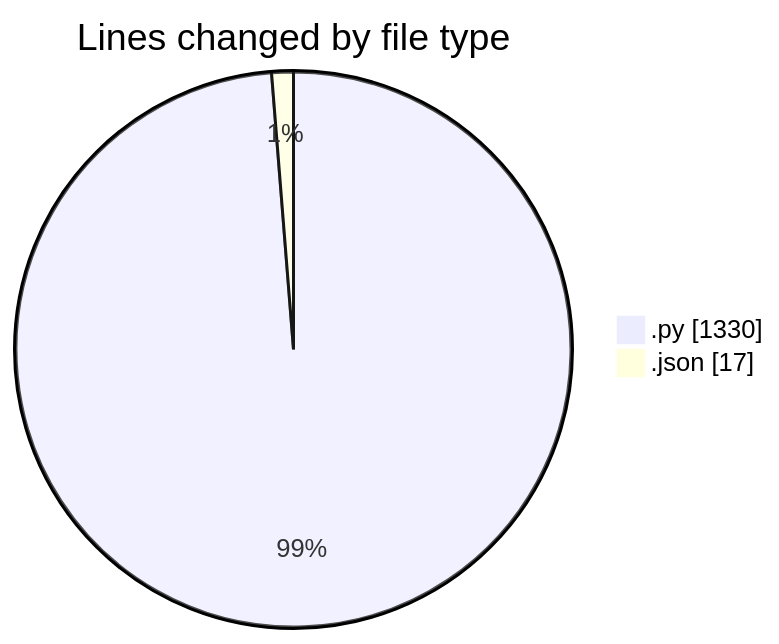
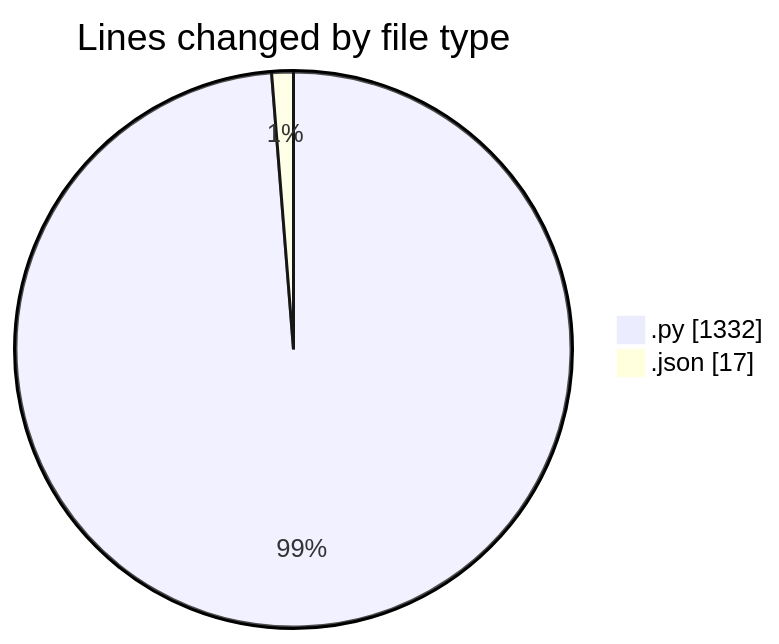
One commit to MatusMokan/code-tracking changed the first of 2 diagrams in 2025-02-28/myws__workspace_/README.md. Above: the diagram before and after it, drawn with Mermaid. The commit also changed other lines of this file and 1 other file, not shown here.

````diff
--- a/2025-02-28/myws__workspace_/README.md
+++ b/2025-02-28/myws__workspace_/README.md
@@ -23,6 +23,6 @@
 ```mermaid
 pie showData
 title Lines changed by file type
-".py" : 1330
+".py" : 1332
 ".json" : 17
 ```
````
